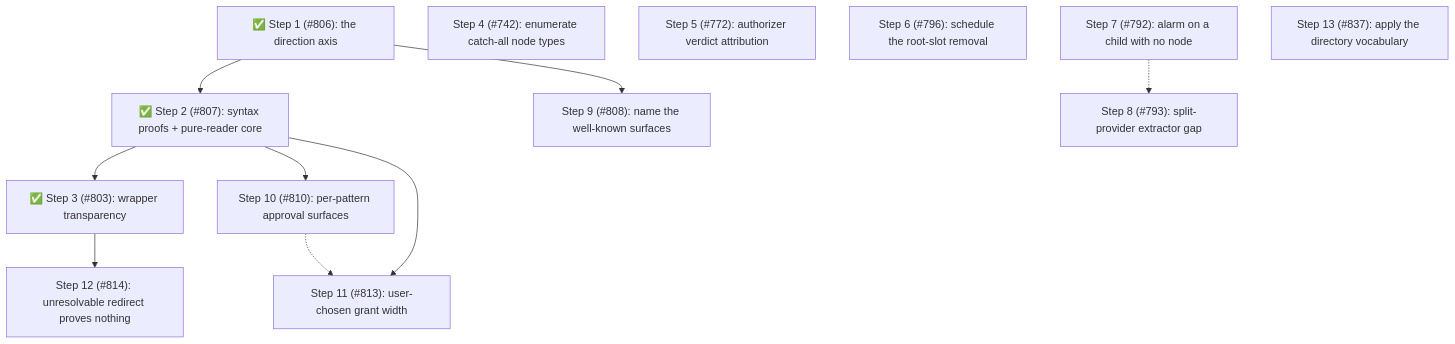
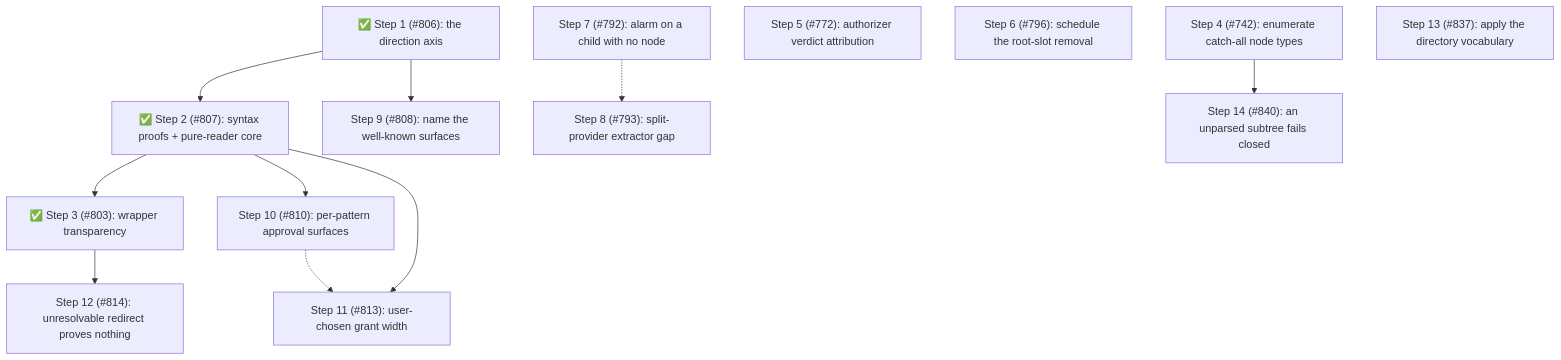
One commit to gotgenes/pi-packages changed the fourth of 4 diagrams in packages/pi-permission-system/docs/architecture/architecture.md. Above: the diagram before and after it, drawn with Mermaid. The commit also changed other lines of this file, not shown here.

Commit message:
docs(pi-permission-system): disposition #840 against Phase 14 as Step 14

````diff
--- a/packages/pi-permission-system/docs/architecture/architecture.md
+++ b/packages/pi-permission-system/docs/architecture/architecture.md
@@ -1312,20 +1331,21 @@
 ```mermaid
 flowchart TD
     S1["✅ Step 1 (#806): the direction axis"] --> S2["✅ Step 2 (#807): syntax proofs + pure-reader core"]
     S2 --> S3["✅ Step 3 (#803): wrapper transparency"]
     S4["Step 4 (#742): enumerate catch-all node types"]
     S5["Step 5 (#772): authorizer verdict attribution"]
     S6["Step 6 (#796): schedule the root-slot removal"]
     S7["Step 7 (#792): alarm on a child with no node"]
     S8["Step 8 (#793): split-provider extractor gap"]
     S9["Step 9 (#808): name the well-known surfaces"]
     S10["Step 10 (#810): per-pattern approval surfaces"]
     S11["Step 11 (#813): user-chosen grant width"]
     S3 --> S12["Step 12 (#814): unresolvable redirect proves nothing"]
     S13["Step 13 (#837): apply the directory vocabulary"]
+    S4 --> S14["Step 14 (#840): an unparsed subtree fails closed"]
     S7 -.-> S8
     S1 --> S9
     S2 --> S10
     S2 --> S11
     S10 -.-> S11
 ```
````
